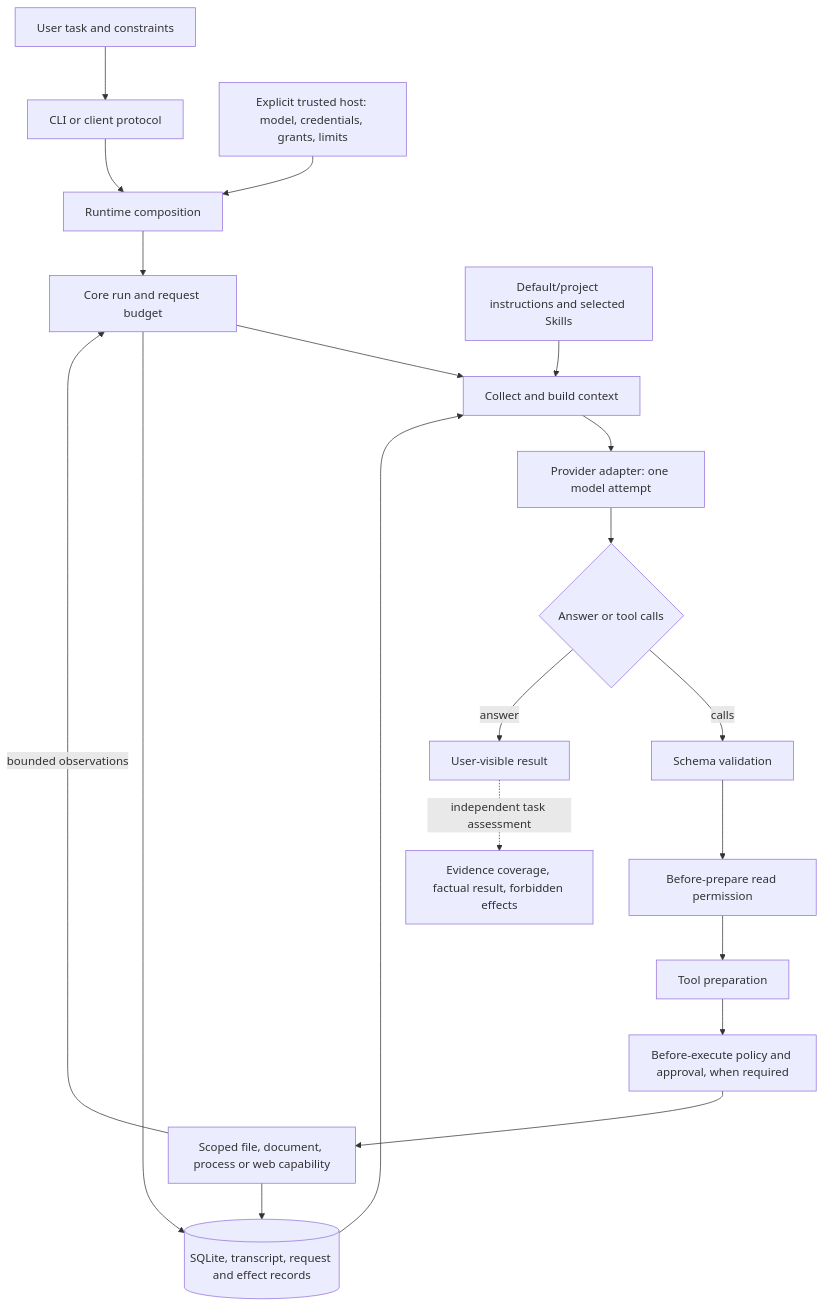
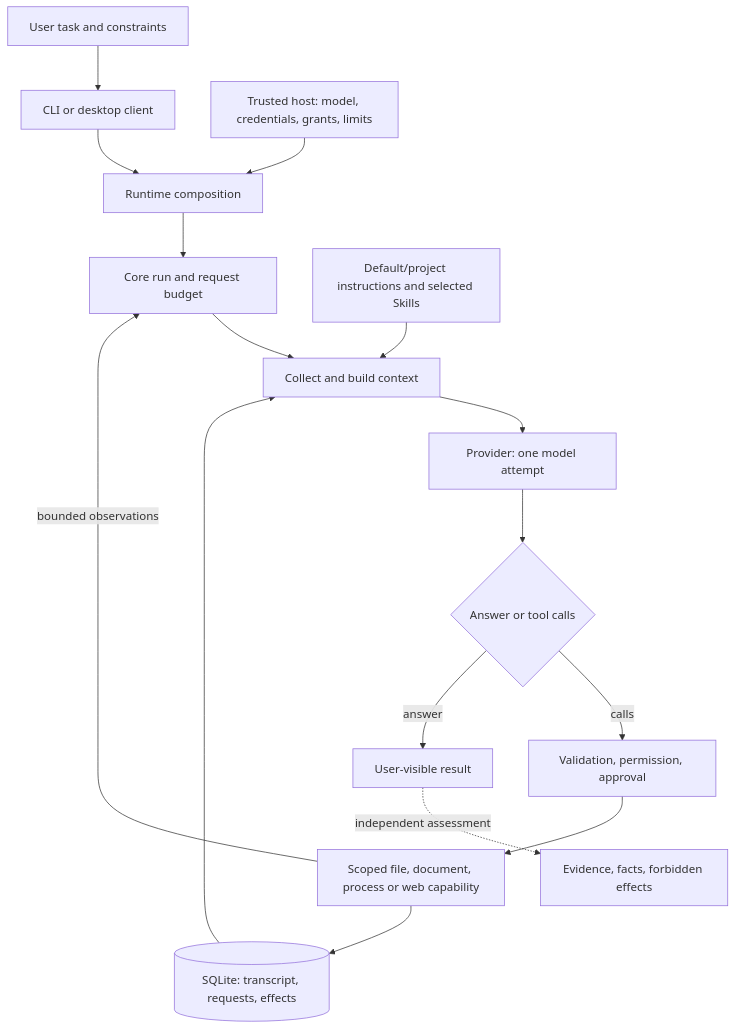
One commit to Peerframe/moyyi changed the diagram in docs/system-overview.md. Above: the diagram before and after it, drawn with Mermaid. The commit also changed other lines of this file and 8 other files, not shown here.

First line of the commit message:
docs: rewrite overview and roadmap for the post-M6 plan

````diff
--- a/docs/system-overview.md
+++ b/docs/system-overview.md
@@ -86,22 +76,18 @@
 ```mermaid
 flowchart TD
-  U[User task and constraints] --> C[CLI or client protocol]
-  H[Explicit trusted host: model, credentials, grants, limits] --> R[Runtime composition]
+  U[User task and constraints] --> C[CLI or desktop client]
+  H[Trusted host: model, credentials, grants, limits] --> R[Runtime composition]
   C --> R
   R --> K[Core run and request budget]
   K --> X[Collect and build context]
   I[Default/project instructions and selected Skills] --> X
-  S[(SQLite, transcript, request and effect records)] --> X
-  X --> M[Provider adapter: one model attempt]
+  S[(SQLite: transcript, requests, effects)] --> X
+  X --> M[Provider: one model attempt]
   M --> D{Answer or tool calls}
-  D -->|calls| V0[Schema validation]
-  V0 --> P0[Before-prepare read permission]
-  P0 --> T[Tool preparation]
-  T --> P[Before-execute policy and approval, when required]
+  D -->|calls| P[Validation, permission, approval]
   P --> E[Scoped file, document, process or web capability]
   E --> S
   E -->|bounded observations| K
   D -->|answer| A[User-visible result]
-  K --> S
-  A -. independent task assessment .-> V[Evidence coverage, factual result, forbidden effects]
+  A -. independent assessment .-> V[Evidence, facts, forbidden effects]
 ```
````
